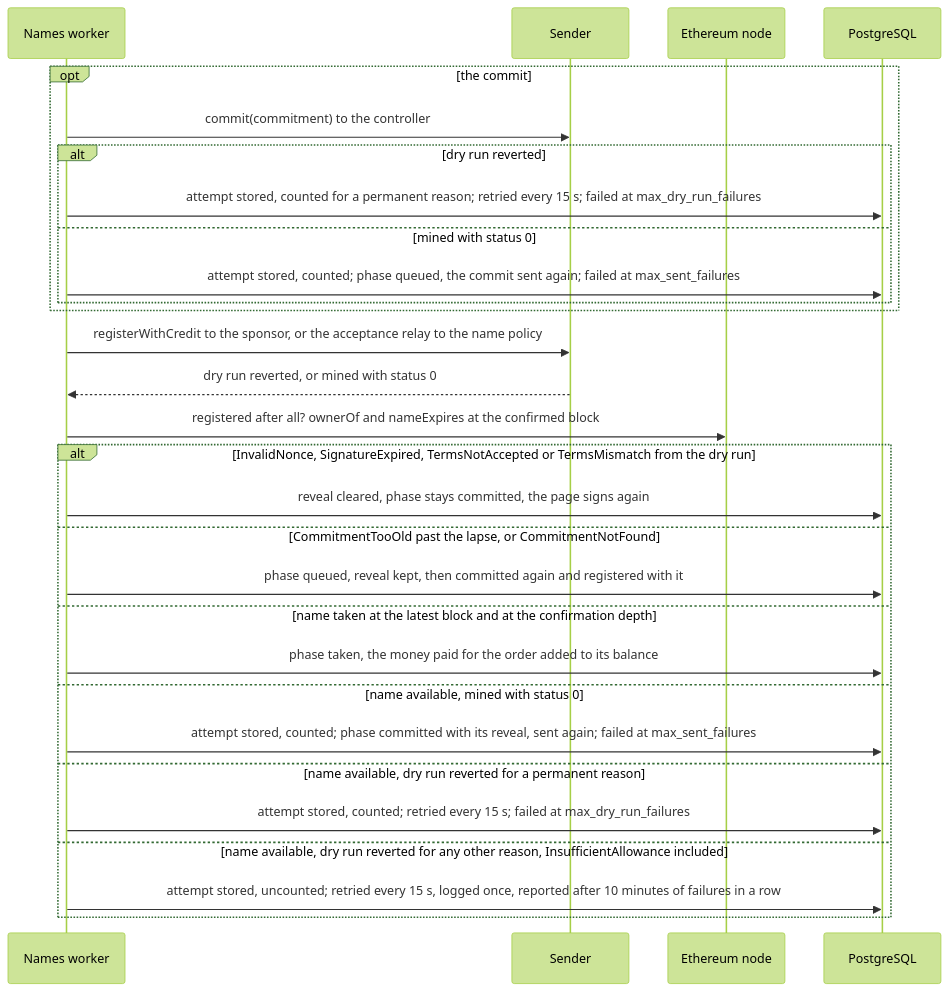
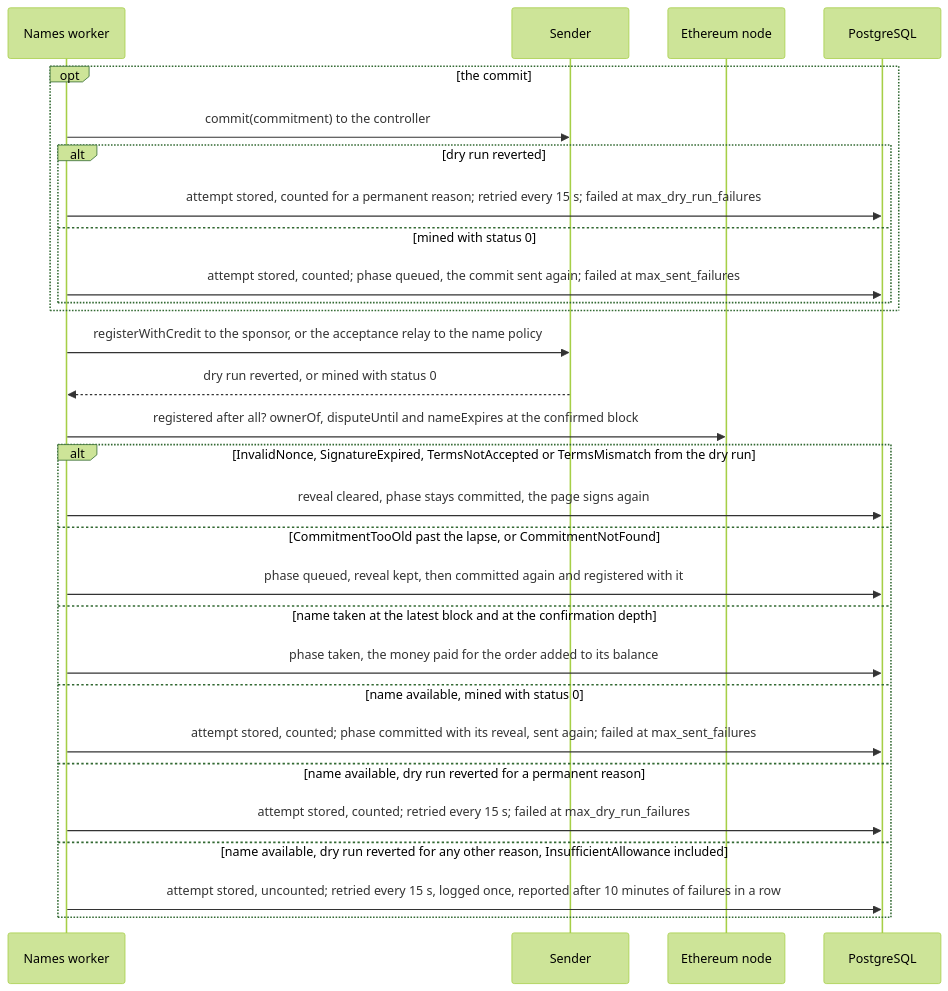
One commit to simplex-chat/simplex-chat changed the sixth of 15 diagrams in apps/simplex-store-service/docs/names.md. Above: the diagram before and after it, drawn with Mermaid (forest theme). The commit also changed other lines of this file and 1 other file, not shown here.

Commit message:
store: document dispute days and ended orders on the names structure

````diff
--- a/apps/simplex-store-service/docs/names.md
+++ b/apps/simplex-store-service/docs/names.md
@@ -359,31 +361,31 @@
 ```mermaid
 sequenceDiagram
   participant K as Names worker
   participant S as Sender
   participant E as Ethereum node
   participant D as PostgreSQL
   opt the commit
     K->>S: commit(commitment) to the controller
     alt dry run reverted
       K->>D: attempt stored, counted for a permanent reason#59; retried every 15 s#59; failed at max_dry_run_failures
     else mined with status 0
       K->>D: attempt stored, counted#59; phase queued, the commit sent again#59; failed at max_sent_failures
     end
   end
   K->>S: registerWithCredit to the sponsor, or the acceptance relay to the name policy
   S-->>K: dry run reverted, or mined with status 0
-  K->>E: registered after all? ownerOf and nameExpires at the confirmed block
+  K->>E: registered after all? ownerOf, disputeUntil and nameExpires at the confirmed block
   alt InvalidNonce, SignatureExpired, TermsNotAccepted or TermsMismatch from the dry run
     K->>D: reveal cleared, phase stays committed, the page signs again
   else CommitmentTooOld past the lapse, or CommitmentNotFound
     K->>D: phase queued, reveal kept, then committed again and registered with it
   else name taken at the latest block and at the confirmation depth
     K->>D: phase taken, the money paid for the order added to its balance
   else name available, mined with status 0
     K->>D: attempt stored, counted#59; phase committed with its reveal, sent again#59; failed at max_sent_failures
   else name available, dry run reverted for a permanent reason
     K->>D: attempt stored, counted#59; retried every 15 s#59; failed at max_dry_run_failures
   else name available, dry run reverted for any other reason, InsufficientAllowance included
     K->>D: attempt stored, uncounted#59; retried every 15 s, logged once, reported after 10 minutes of failures in a row
   end
 ```
````
